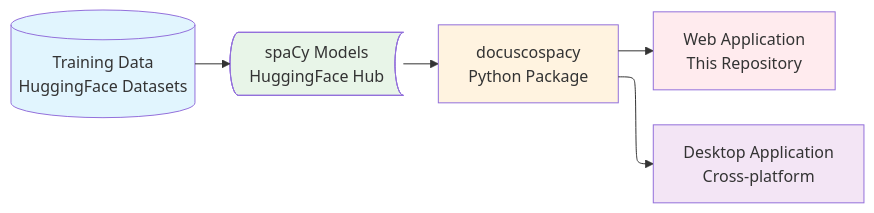
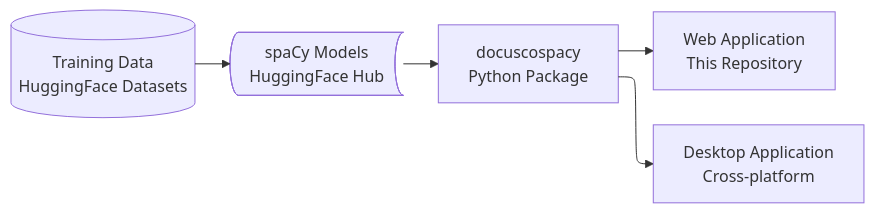
Before and after one commit to browndw/docuscope-ca-online: the diagram in README.md, drawn with Mermaid.

Commit message:
Remove style definitions from README diagram

````diff
--- a/README.md
+++ b/README.md
@@ -16,22 +16,17 @@
 ```mermaid
 ---
 config:
   layout: elk
 ---
 flowchart LR
     A["Training Data<br>HuggingFace Datasets"] --> B["spaCy Models<br>HuggingFace Hub"]
     B --> C["docuscospacy<br>Python Package"]
     C --> D["Web Application<br>This Repository"] & E["Desktop Application<br>Cross-platform"]
     A@{ shape: cyl}
     B@{ shape: stored-data}
-    style A fill:#e1f5fe
-    style B fill:#e8f5e8  
-    style C fill:#fff3e0
-    style D fill:#ffebee
-    style E fill:#f3e5f5
     click A "https://huggingface.co/datasets/browndw/docusco-spacy-training"
     click B "https://huggingface.co/browndw/en_docusco_spacy"
     click C "https://pypi.org/project/docuscospacy/"
     click D "https://github.com/browndw/docuscope-ca-online"
     click E "https://github.com/browndw/docuscope-ca-desktop"
 ```
````
